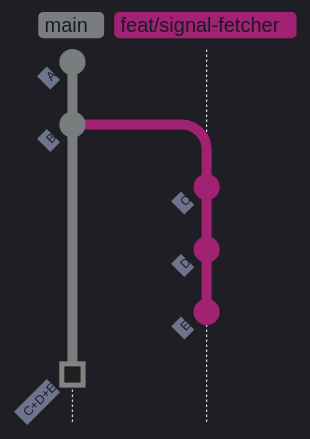
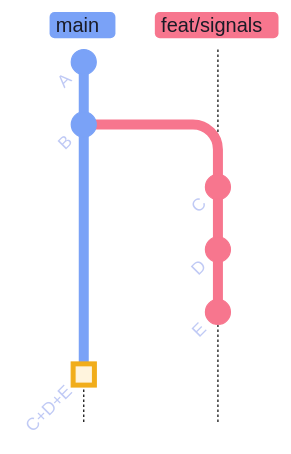
Before and after one commit to alp78/elysium: the first of 5 diagrams in content/08-Git/pull-requests-and-code-review.md, drawn with Mermaid. The commit also changed other lines of this file and 14 other files, not shown here.

````diff
--- a/content/08-Git/pull-requests-and-code-review.md
+++ b/content/08-Git/pull-requests-and-code-review.md
@@ -139,12 +139,12 @@
 ```mermaid
-%%{init: {'theme': 'dark', 'themeVariables': {'commitLabelColor': '#1a1b26', 'commitLabelBackground': '#c0caf5', 'gitBranchLabel0': '#1a1b26', 'gitBranchLabel1': '#1a1b26', 'gitBranchLabel2': '#1a1b26', 'gitBranchLabel3': '#1a1b26', 'tagLabelColor': '#1a1b26', 'tagLabelBackground': '#c0caf5'}, 'gitGraph': {'mainBranchName': 'main'}} }%%
+%%{init: {'theme': 'base', 'themeVariables': {'git0': '#7aa2f7', 'git1': '#f7768e', 'git2': '#9ece6a', 'git3': '#e0af68', 'git4': '#bb9af7', 'gitBranchLabel0': '#1a1b26', 'gitBranchLabel1': '#1a1b26', 'gitBranchLabel2': '#1a1b26', 'gitBranchLabel3': '#1a1b26', 'commitLabelColor': '#c0caf5', 'commitLabelBackground': 'transparent', 'commitLabelFontSize': '14px', 'tagLabelColor': '#1a1b26', 'tagLabelBackground': '#c0caf5'}, 'gitGraph': {'mainBranchName': 'main'}} }%%
 gitGraph TB:
   commit id: "A"
   commit id: "B"
-  branch feat/signal-fetcher
+  branch feat/signals
   commit id: "C"
   commit id: "D"
   commit id: "E"
   checkout main
   commit id: "C+D+E" type: HIGHLIGHT
 ```
````
